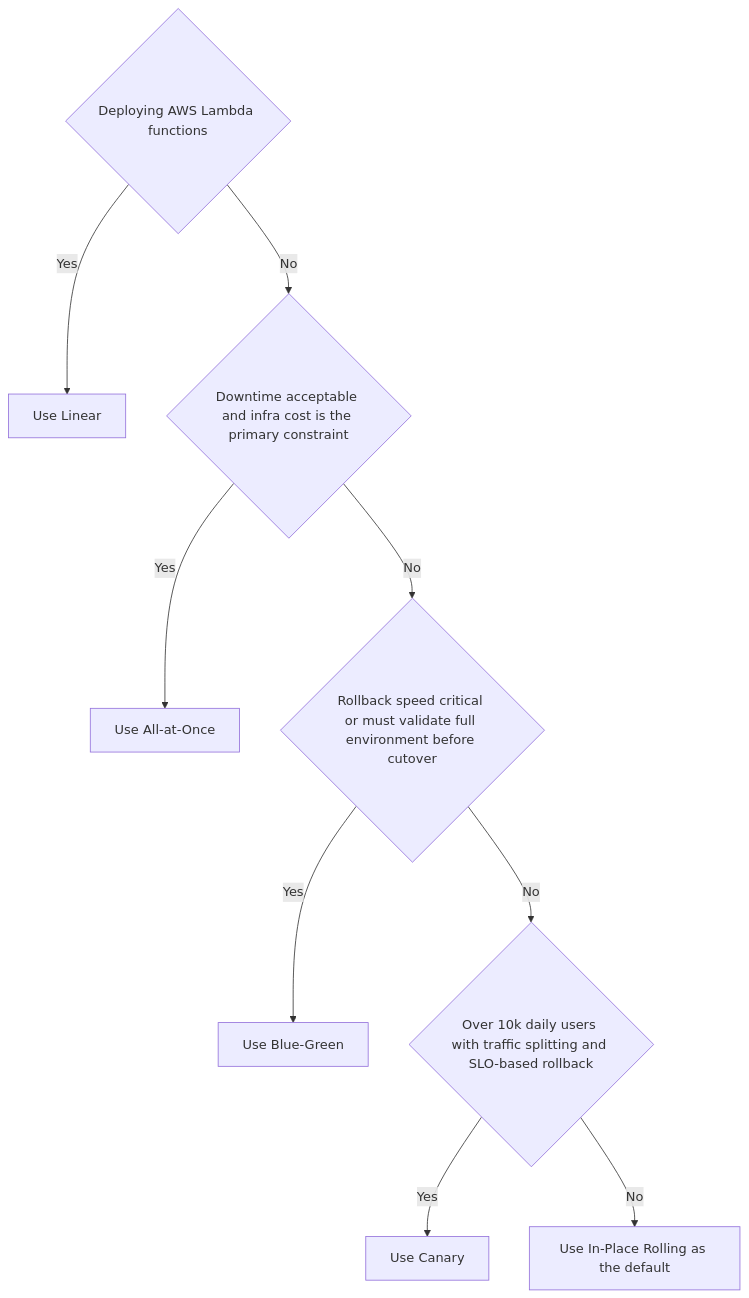
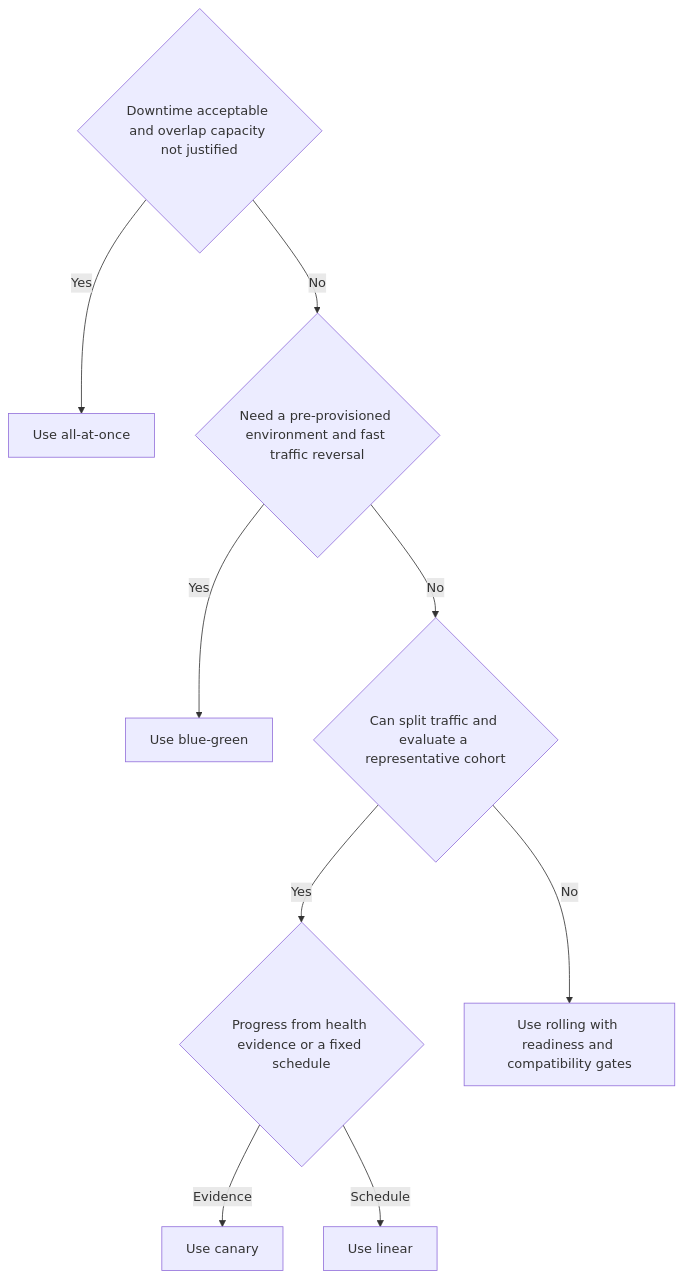
The diagram in Vault/Home/DevOps/Deployment Strategies/Deployment Strategies.md (grafanaKibana/devbook.zip), drawn with Mermaid before and after one commit. The commit also changed other lines of this file and 349 other files, not shown here.

````diff
--- a/Vault/Home/DevOps/Deployment Strategies/Deployment Strategies.md
+++ b/Vault/Home/DevOps/Deployment Strategies/Deployment Strategies.md
@@ -135,11 +167,11 @@
 ```mermaid
 flowchart TD
-    A{Deploying AWS Lambda functions} -->|Yes| B[Use Linear]
-    A -->|No| C{Downtime acceptable and infra cost is the primary constraint}
-    C -->|Yes| D[Use All-at-Once]
-    C -->|No| E{Rollback speed critical or must validate full environment before cutover}
-    E -->|Yes| F[Use Blue-Green]
-    E -->|No| G{Over 10k daily users with traffic splitting and SLO-based rollback}
-    G -->|Yes| H[Use Canary]
-    G -->|No| I[Use In-Place Rolling as the default]
+    A{Downtime acceptable and overlap capacity not justified} -->|Yes| B[Use all-at-once]
+    A -->|No| C{Need a pre-provisioned environment and fast traffic reversal}
+    C -->|Yes| D[Use blue-green]
+    C -->|No| E{Can split traffic and evaluate a representative cohort}
+    E -->|Yes| F{Progress from health evidence or a fixed schedule}
+    F -->|Evidence| G[Use canary]
+    F -->|Schedule| H[Use linear]
+    E -->|No| I[Use rolling with readiness and compatibility gates]
 ```
````
